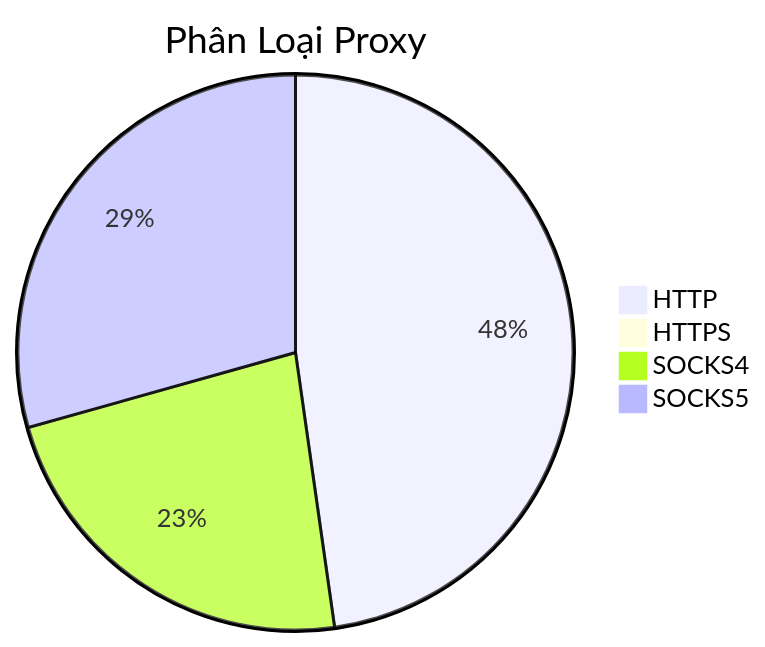
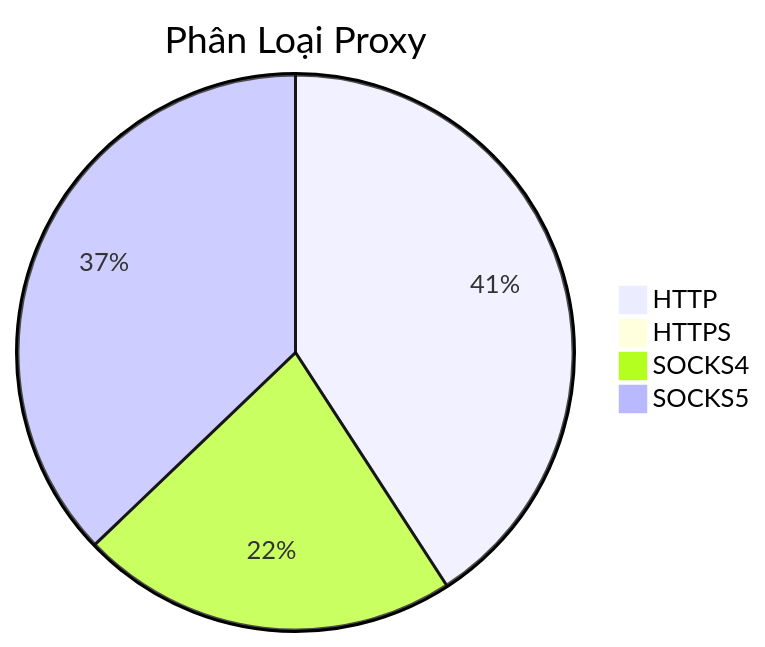
The diagram in README.md (Ciara-12/PROXY-free), drawn with Mermaid before and after one commit. The commit also changed other lines of this file and 4 other files, not shown here.

````diff
--- a/README.md
+++ b/README.md
@@ -26,7 +26,7 @@
 ```mermaid
 pie title Phân Loại Proxy
-    "HTTP" : 880
+    "HTTP" : 798
     "HTTPS" : 1
-    "SOCKS4" : 422
-    "SOCKS5" : 541
+    "SOCKS4" : 430
+    "SOCKS5" : 726
 ```
````
